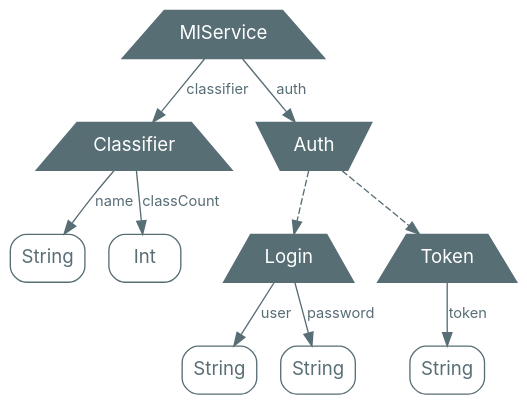
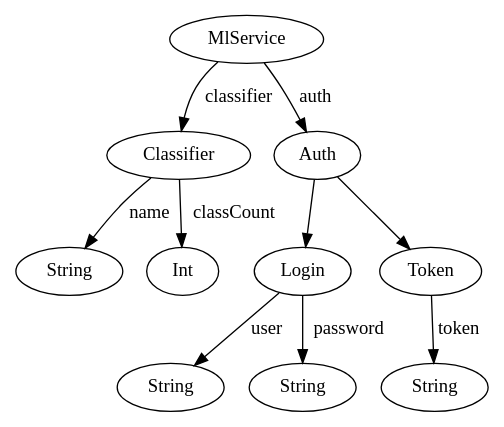
One commit to nrinaudo/optics-from-the-ground-up changed the diagram in src/graphviz/mlservice.dot. Above: the diagram before and after it, drawn with Graphviz. The commit also changed 24 other files, not shown here.

Commit message:
Rework diagrams to use stylesheets

```diff
--- a/src/graphviz/mlservice.dot
+++ b/src/graphviz/mlservice.dot
@@ -1,42 +1,30 @@
 digraph {
-    bgcolor=transparent
+    mlService[label=MlService class="product"]
 
-    // Default theme
-    node[shape="rectangle" style="rounded,filled" color="#586E75" fillcolor="#ffffff" fontcolor="#586E75" fontname="Inter,Arial"]
-    edge[color="#586E75" fontcolor="#586E75" fontname="Inter,Arial" fontsize=11]
+    classifier[label=Classifier class="product"]
+    classifier_name[label=String]
+    classifier_classCount[label=Int]
 
-    // product types
-    mlService, classifier, login, token [shape=trapezium style=filled fontcolor="#FFFFFF" fillcolor="#586E75"]
+    auth[label=Auth class="sum"]
 
-    // sum types
-    auth[shape=invtrapezium, style=filled fontcolor="#FFFFFF" fillcolor="#586E75"]
+    login[label=Login class="product"]
+    login_user[label=String]
+    login_password[label=String]
 
-    mlService[label=MlService]
-
-    classifier[label=Classifier]
-    classifier_name[label=String shape=box]
-    classifier_classCount[label=Int shape=box]
-
-    auth[label=Auth]
-
-    login[label=Login]
-    login_user[label=String shape=box]
-    login_password[label=String shape=box]
-
-    token[label=Token]
-    token_token[label=String shape=box]
+    token[label=Token class="product"]
+    token_token[label=String]
 
     mlService -> classifier [label=classifier]
     mlService -> auth [label=auth]
 
     classifier -> classifier_name [label=name]
     classifier -> classifier_classCount [label=classCount]
 
     token -> token_token [label=token]
 
     login -> login_user [label=user]
     login -> login_password [label=password]
 
-    auth -> token[style=dashed]
-    auth -> login[style=dashed]
+    auth -> token[class="value"]
+    auth -> login[class="value"]
 }
```
